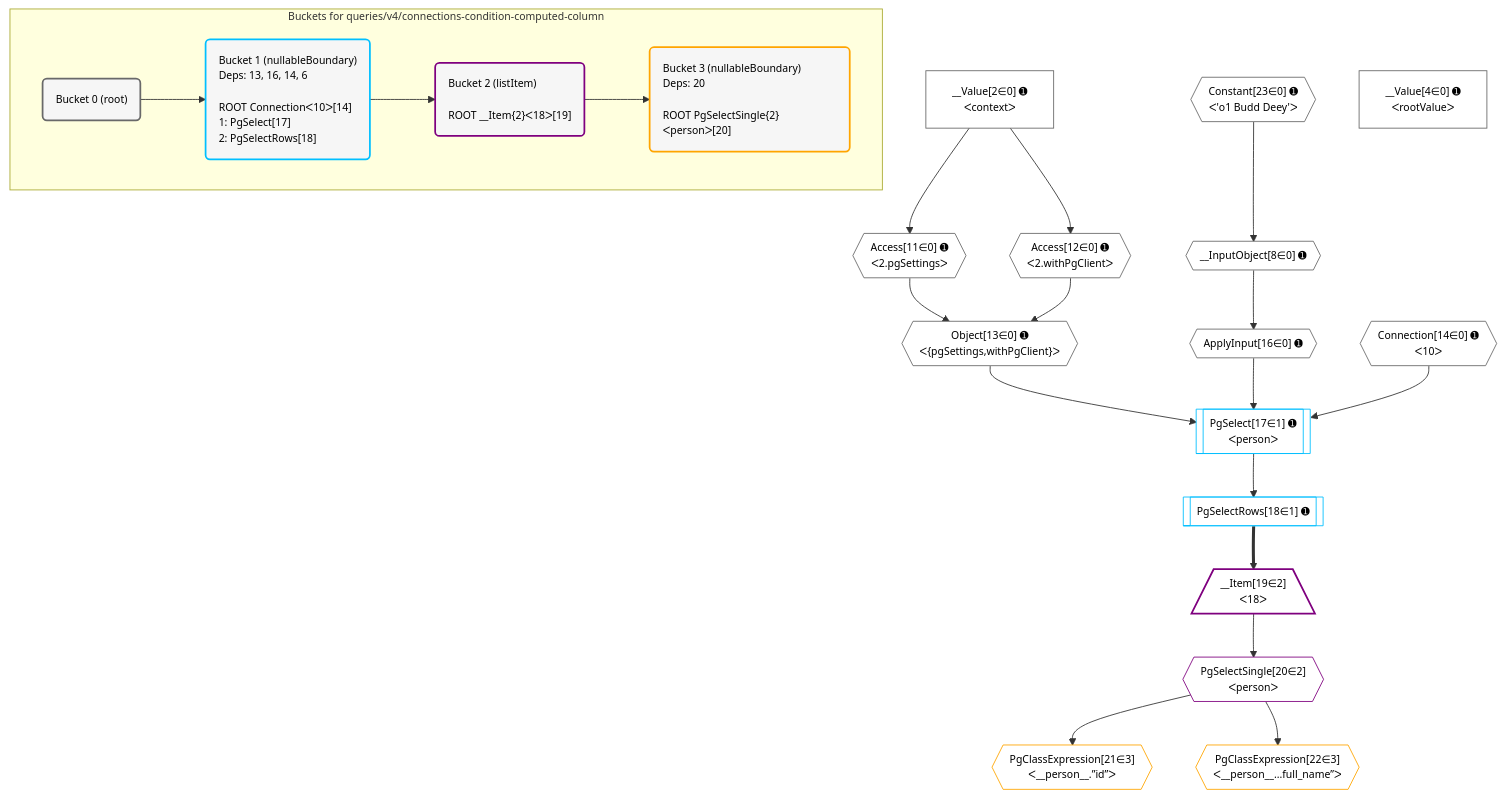
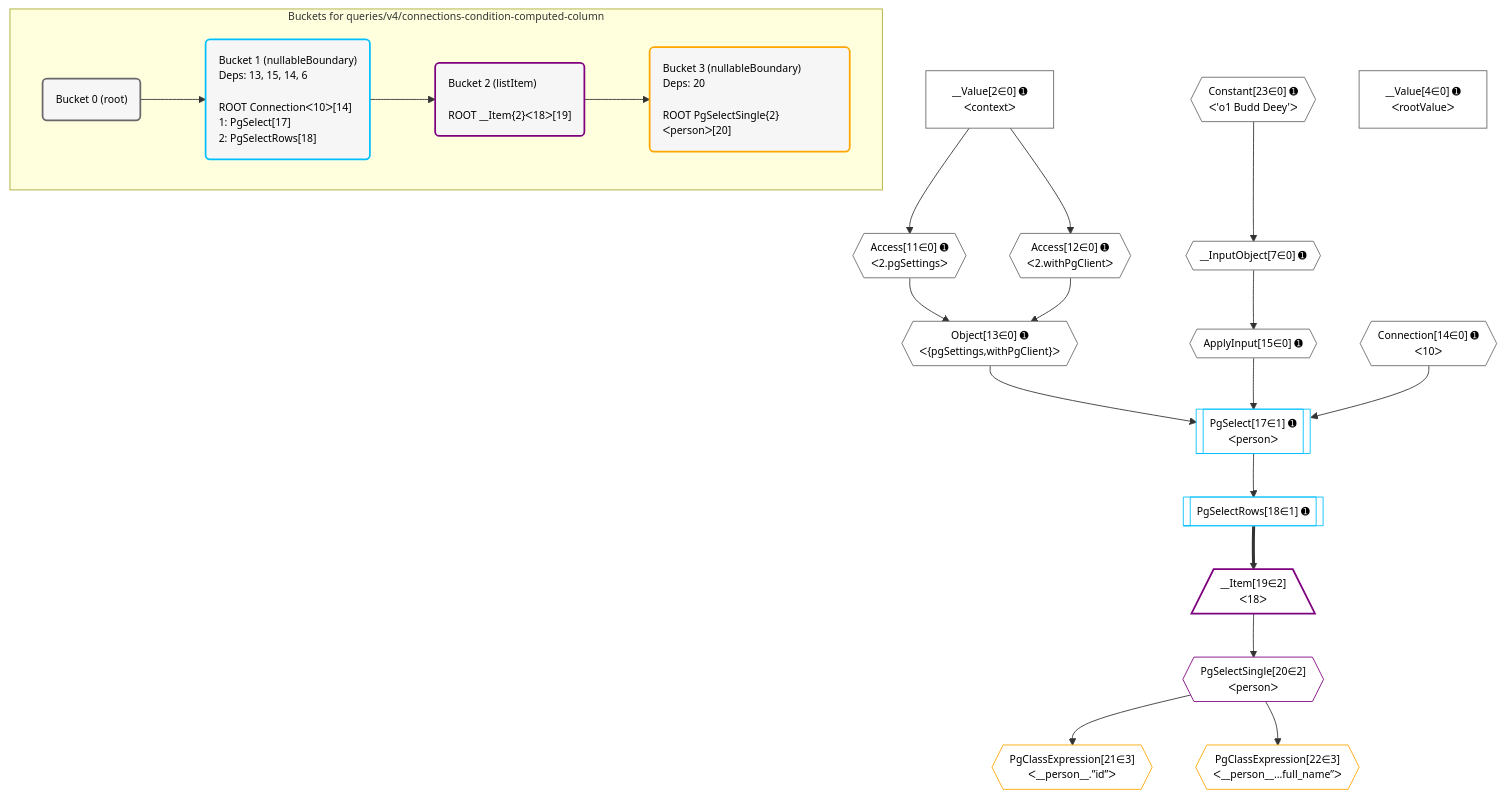
Before and after one commit to graphile/crystal: the diagram in postgraphile/postgraphile/__tests__/queries/v4/connections-condition-computed-column.mermaid, drawn with Mermaid. The commit also changed 79 other files, not shown here.

```diff
--- a/postgraphile/postgraphile/__tests__/queries/v4/connections-condition-computed-column.mermaid
+++ b/postgraphile/postgraphile/__tests__/queries/v4/connections-condition-computed-column.mermaid
@@ -1,57 +1,57 @@
 %%{init: {'themeVariables': { 'fontSize': '12px'}}}%%
 graph TD
     classDef path fill:#eee,stroke:#000,color:#000
     classDef plan fill:#fff,stroke-width:1px,color:#000
     classDef itemplan fill:#fff,stroke-width:2px,color:#000
     classDef unbatchedplan fill:#dff,stroke-width:1px,color:#000
     classDef sideeffectplan fill:#fcc,stroke-width:2px,color:#000
     classDef bucket fill:#f6f6f6,color:#000,stroke-width:2px,text-align:left
 
 
     %% plan dependencies
     Connection14{{"Connection[14∈0] ➊<br />ᐸ10ᐳ"}}:::plan
-    __InputObject8{{"__InputObject[8∈0] ➊"}}:::plan
+    __InputObject7{{"__InputObject[7∈0] ➊"}}:::plan
     Constant23{{"Constant[23∈0] ➊<br />ᐸ'o1 Budd Deey'ᐳ"}}:::plan
-    Constant23 --> __InputObject8
+    Constant23 --> __InputObject7
     Object13{{"Object[13∈0] ➊<br />ᐸ{pgSettings,withPgClient}ᐳ"}}:::plan
     Access11{{"Access[11∈0] ➊<br />ᐸ2.pgSettingsᐳ"}}:::plan
     Access12{{"Access[12∈0] ➊<br />ᐸ2.withPgClientᐳ"}}:::plan
     Access11 & Access12 --> Object13
     __Value2["__Value[2∈0] ➊<br />ᐸcontextᐳ"]:::plan
     __Value2 --> Access11
     __Value2 --> Access12
-    ApplyInput16{{"ApplyInput[16∈0] ➊"}}:::plan
-    __InputObject8 --> ApplyInput16
+    ApplyInput15{{"ApplyInput[15∈0] ➊"}}:::plan
+    __InputObject7 --> ApplyInput15
     __Value4["__Value[4∈0] ➊<br />ᐸrootValueᐳ"]:::plan
     PgSelect17[["PgSelect[17∈1] ➊<br />ᐸpersonᐳ"]]:::plan
-    Object13 & ApplyInput16 & Connection14 --> PgSelect17
+    Object13 & ApplyInput15 & Connection14 --> PgSelect17
     PgSelectRows18[["PgSelectRows[18∈1] ➊"]]:::plan
     PgSelect17 --> PgSelectRows18
     __Item19[/"__Item[19∈2]<br />ᐸ18ᐳ"\]:::itemplan
     PgSelectRows18 ==> __Item19
     PgSelectSingle20{{"PgSelectSingle[20∈2]<br />ᐸpersonᐳ"}}:::plan
     __Item19 --> PgSelectSingle20
     PgClassExpression21{{"PgClassExpression[21∈3]<br />ᐸ__person__.”id”ᐳ"}}:::plan
     PgSelectSingle20 --> PgClassExpression21
     PgClassExpression22{{"PgClassExpression[22∈3]<br />ᐸ__person__...full_name”ᐳ"}}:::plan
     PgSelectSingle20 --> PgClassExpression22
 
     %% define steps
 
     subgraph "Buckets for queries/v4/connections-condition-computed-column"
     Bucket0("Bucket 0 (root)"):::bucket
     classDef bucket0 stroke:#696969
-    class Bucket0,__Value2,__Value4,__InputObject8,Access11,Access12,Object13,Connection14,ApplyInput16,Constant23 bucket0
-    Bucket1("Bucket 1 (nullableBoundary)<br />Deps: 13, 16, 14, 6<br /><br />ROOT Connectionᐸ10ᐳ[14]<br />1: PgSelect[17]<br />2: PgSelectRows[18]"):::bucket
+    class Bucket0,__Value2,__Value4,__InputObject7,Access11,Access12,Object13,Connection14,ApplyInput15,Constant23 bucket0
+    Bucket1("Bucket 1 (nullableBoundary)<br />Deps: 13, 15, 14, 6<br /><br />ROOT Connectionᐸ10ᐳ[14]<br />1: PgSelect[17]<br />2: PgSelectRows[18]"):::bucket
     classDef bucket1 stroke:#00bfff
     class Bucket1,PgSelect17,PgSelectRows18 bucket1
     Bucket2("Bucket 2 (listItem)<br /><br />ROOT __Item{2}ᐸ18ᐳ[19]"):::bucket
     classDef bucket2 stroke:#7f007f
     class Bucket2,__Item19,PgSelectSingle20 bucket2
     Bucket3("Bucket 3 (nullableBoundary)<br />Deps: 20<br /><br />ROOT PgSelectSingle{2}ᐸpersonᐳ[20]"):::bucket
     classDef bucket3 stroke:#ffa500
     class Bucket3,PgClassExpression21,PgClassExpression22 bucket3
     Bucket0 --> Bucket1
     Bucket1 --> Bucket2
     Bucket2 --> Bucket3
     end
```
